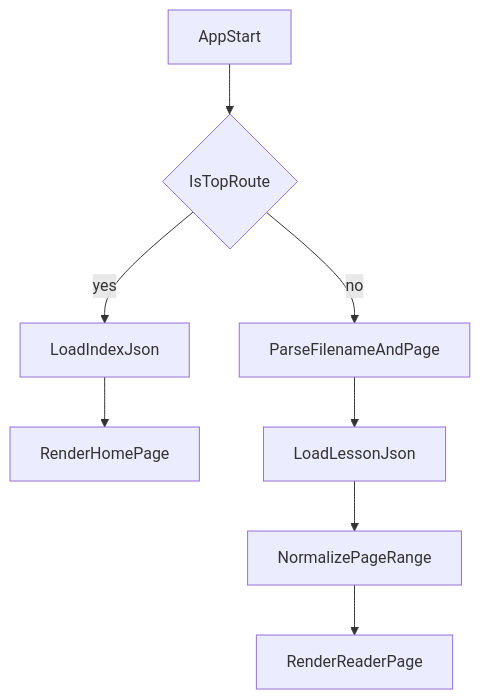
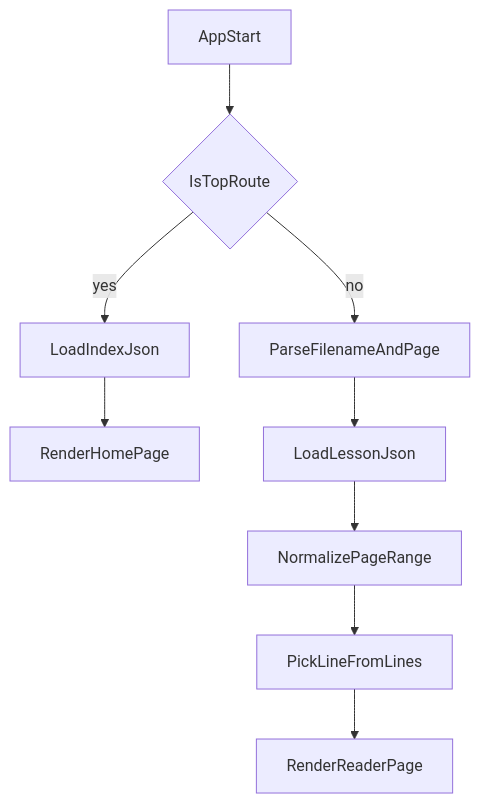
One commit to kamiyn/italyshadowing changed the second of 4 diagrams in Architecture.md. Above: the diagram before and after it, drawn with Mermaid. The commit also changed other lines of this file and 2 other files, not shown here.

````diff
--- a/Architecture.md
+++ b/Architecture.md
@@ -117,10 +127,11 @@
 ```mermaid
 flowchart TD
     appStart[AppStart] --> routeCheck{IsTopRoute}
     routeCheck -->|yes| loadIndex[LoadIndexJson]
     loadIndex --> showList[RenderHomePage]
     routeCheck -->|no| parseRoute[ParseFilenameAndPage]
     parseRoute --> loadLesson[LoadLessonJson]
     loadLesson --> normalizePage[NormalizePageRange]
-    normalizePage --> renderLesson[RenderReaderPage]
+    normalizePage --> pickLine[PickLineFromLines]
+    pickLine --> renderLesson[RenderReaderPage]
 ```
````
